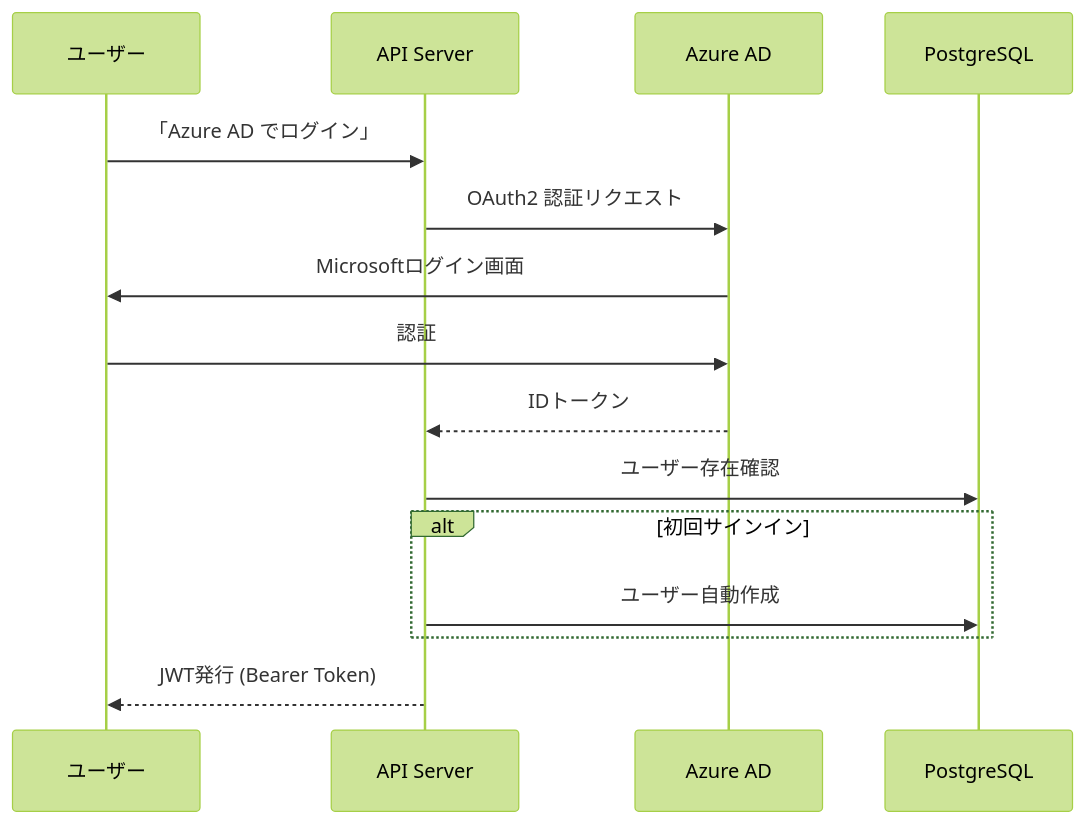
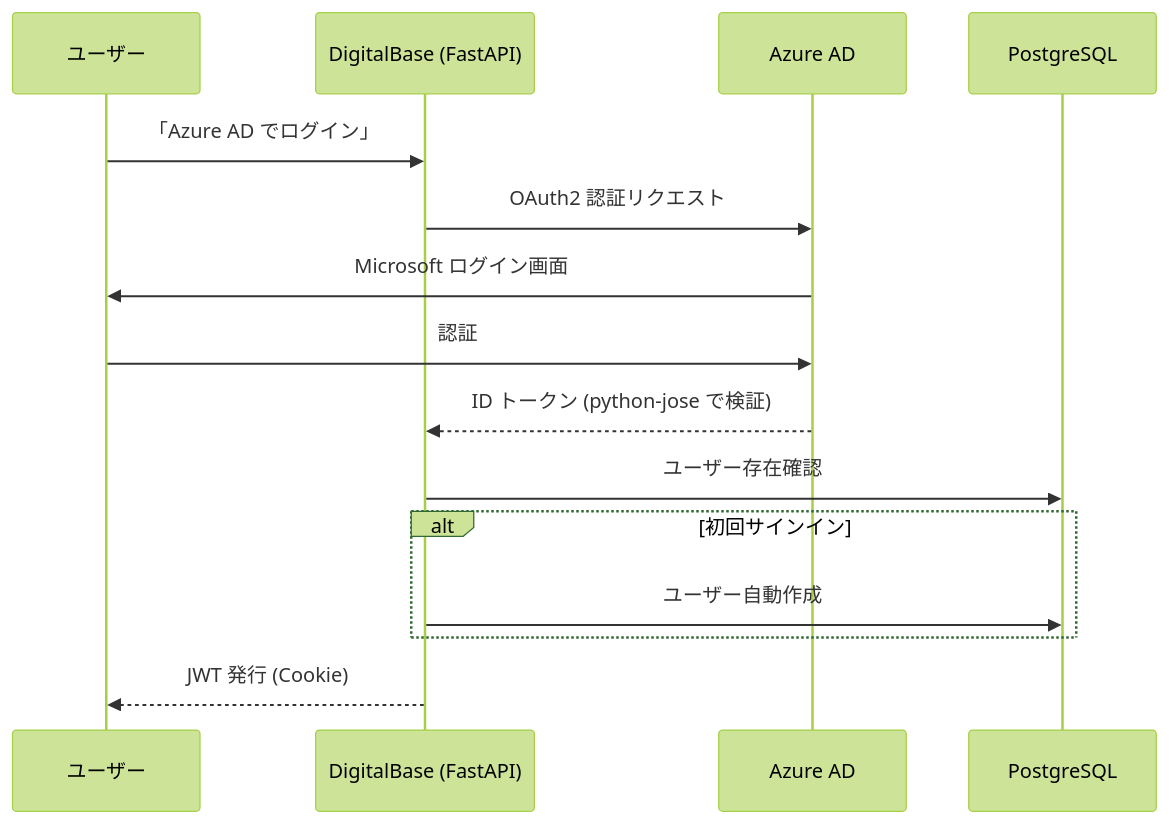
The fourth of 5 diagrams in docs/src/17_システム構成図.md (lmlight-app/dist_vite), drawn with Mermaid (forest theme) before and after one commit. The commit also changed other lines of this file and 58 other files, not shown here.

First line of the commit message:
Rebrand LM Light to DigitalBase and update docs

````diff
--- a/docs/src/17_システム構成図.md
+++ b/docs/src/17_システム構成図.md
@@ -187,18 +176,18 @@
 ```mermaid
 sequenceDiagram
     participant U as ユーザー
-    participant API as API Server
+    participant App as DigitalBase (FastAPI)
     participant AZ as Azure AD
     participant DB as PostgreSQL
 
-    U->>API: 「Azure AD でログイン」
-    API->>AZ: OAuth2 認証リクエスト
-    AZ->>U: Microsoftログイン画面
+    U->>App: 「Azure AD でログイン」
+    App->>AZ: OAuth2 認証リクエスト
+    AZ->>U: Microsoft ログイン画面
     U->>AZ: 認証
-    AZ-->>API: IDトークン
-    API->>DB: ユーザー存在確認
+    AZ-->>App: ID トークン (python-jose で検証)
+    App->>DB: ユーザー存在確認
     alt 初回サインイン
-        API->>DB: ユーザー自動作成
+        App->>DB: ユーザー自動作成
     end
-    API-->>U: JWT発行 (Bearer Token)
+    App-->>U: JWT 発行 (Cookie)
 ```
````
